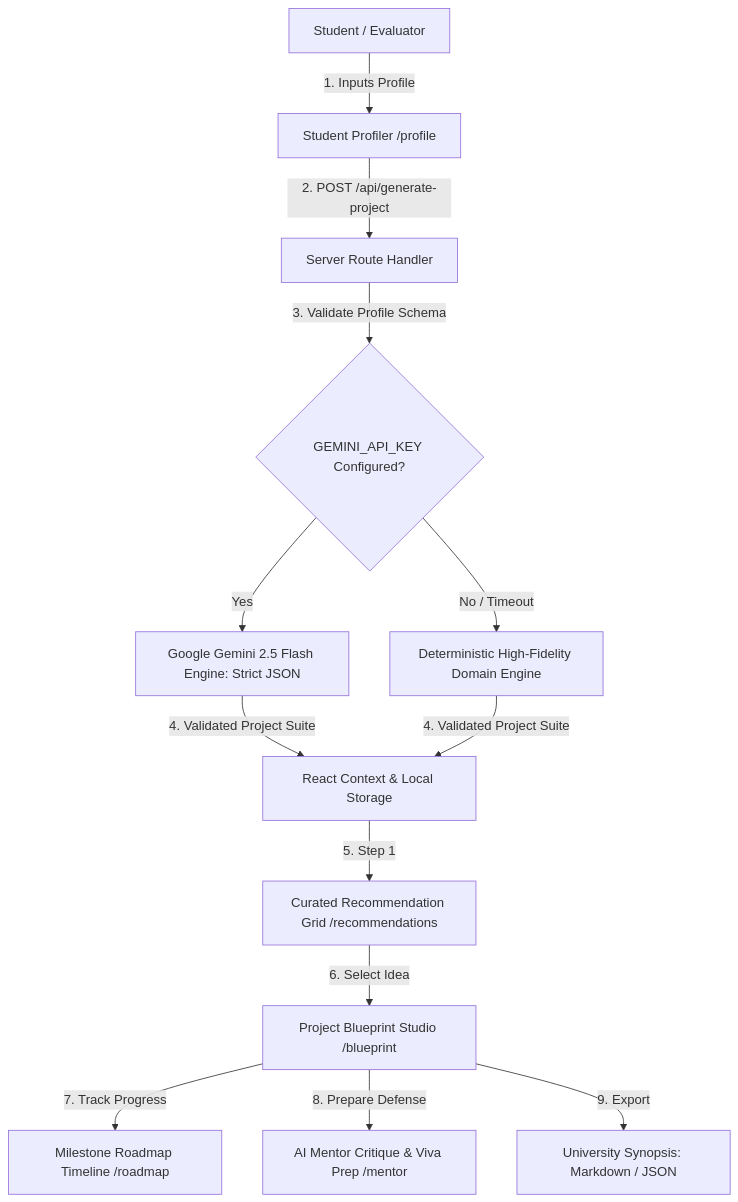
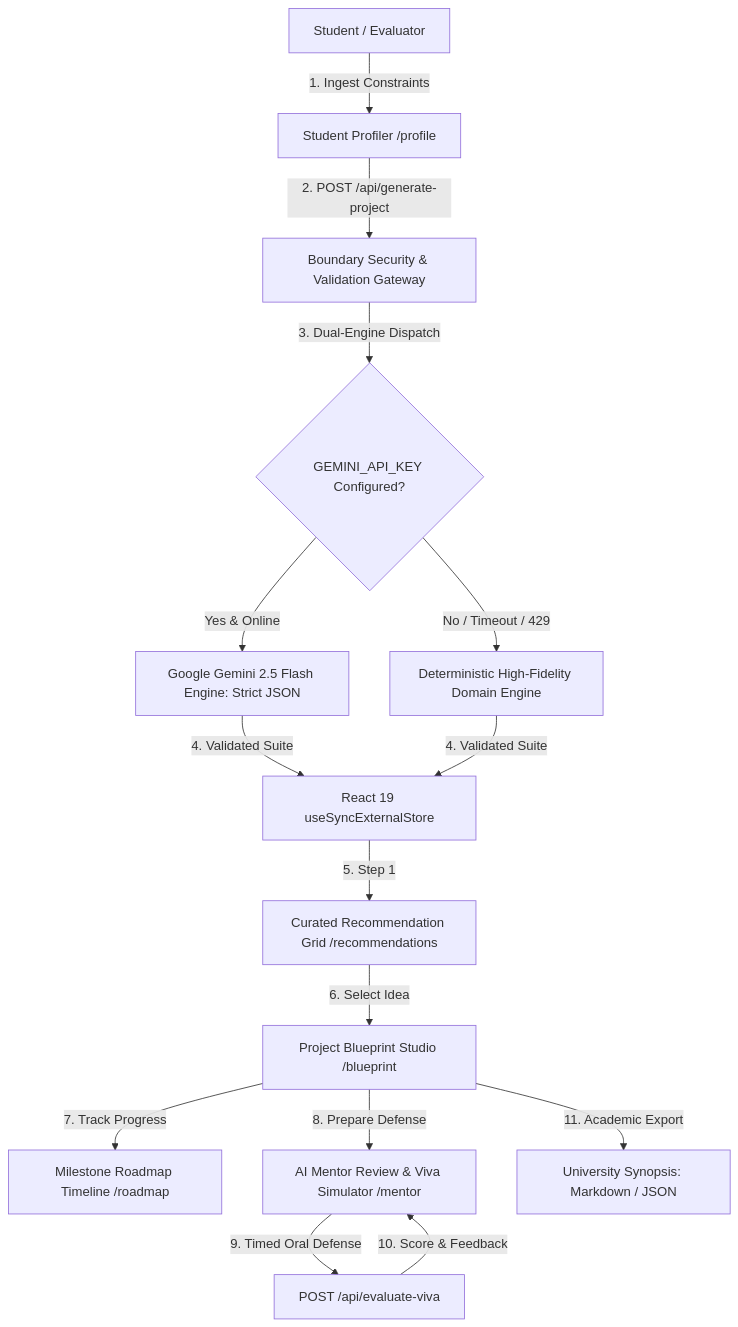
The diagram in README.md (dikshant363/projectmentor-ai), drawn with Mermaid before and after one commit. The commit also changed other lines of this file and 19 other files, not shown here.

````diff
--- a/README.md
+++ b/README.md
@@ -24,15 +33,17 @@
 ```mermaid
 graph TD
-    A[Student / Evaluator] -->|1. Inputs Profile| B[Student Profiler /profile]
-    B -->|2. POST /api/generate-project| C[Server Route Handler]
-    C -->|3. Validate Profile Schema| D{GEMINI_API_KEY Configured?}
-    D -->|Yes| E[Google Gemini 2.5 Flash Engine: Strict JSON]
-    D -->|No / Timeout| F[Deterministic High-Fidelity Domain Engine]
-    E -->|4. Validated Project Suite| G[React Context & Local Storage]
-    F -->|4. Validated Project Suite| G
+    A[Student / Evaluator] -->|1. Ingest Constraints| B[Student Profiler /profile]
+    B -->|2. POST /api/generate-project| C[Boundary Security & Validation Gateway]
+    C -->|3. Dual-Engine Dispatch| D{GEMINI_API_KEY Configured?}
+    D -->|Yes & Online| E[Google Gemini 2.5 Flash Engine: Strict JSON]
+    D -->|No / Timeout / 429| F[Deterministic High-Fidelity Domain Engine]
+    E -->|4. Validated Suite| G[React 19 useSyncExternalStore]
+    F -->|4. Validated Suite| G
     G -->|5. Step 1| H[Curated Recommendation Grid /recommendations]
     H -->|6. Select Idea| I[Project Blueprint Studio /blueprint]
     I -->|7. Track Progress| J[Milestone Roadmap Timeline /roadmap]
-    I -->|8. Prepare Defense| K[AI Mentor Critique & Viva Prep /mentor]
-    I -->|9. Export| L[University Synopsis: Markdown / JSON]
+    I -->|8. Prepare Defense| K[AI Mentor Review & Viva Simulator /mentor]
+    K -->|9. Timed Oral Defense| M[POST /api/evaluate-viva]
+    M -->|10. Score & Feedback| K
+    I -->|11. Academic Export| L[University Synopsis: Markdown / JSON]
 ```
````
